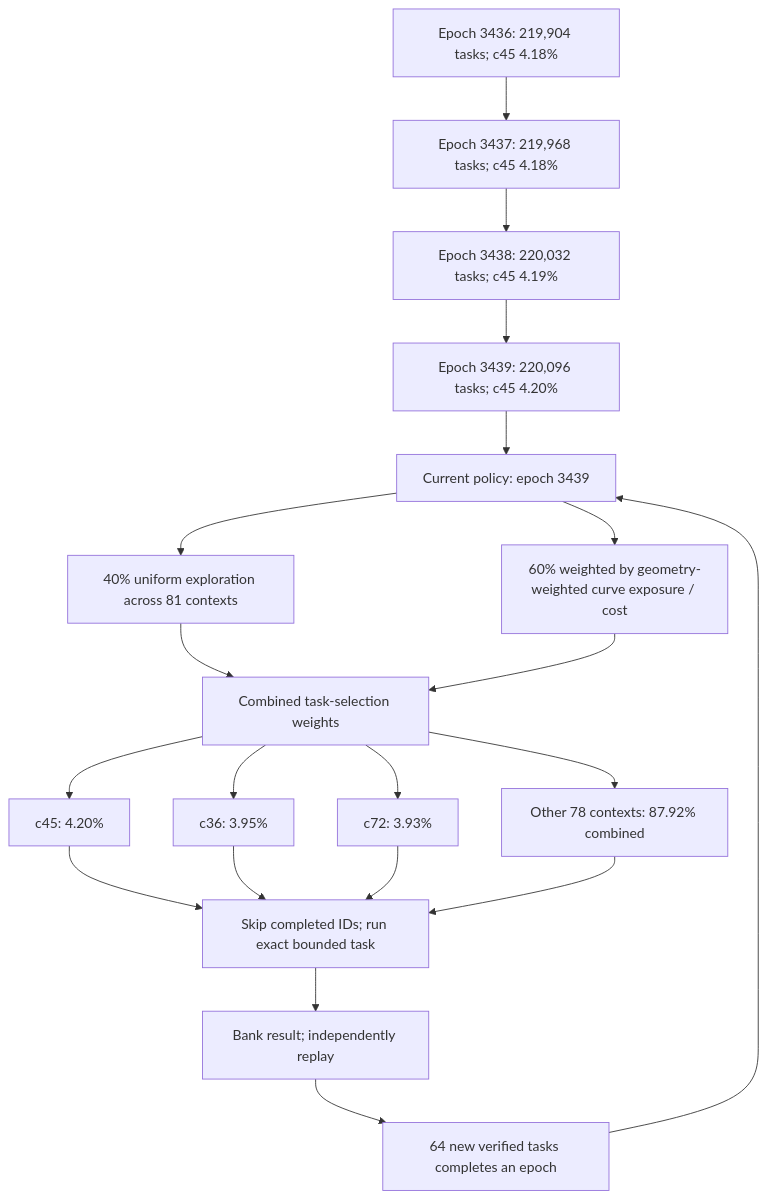
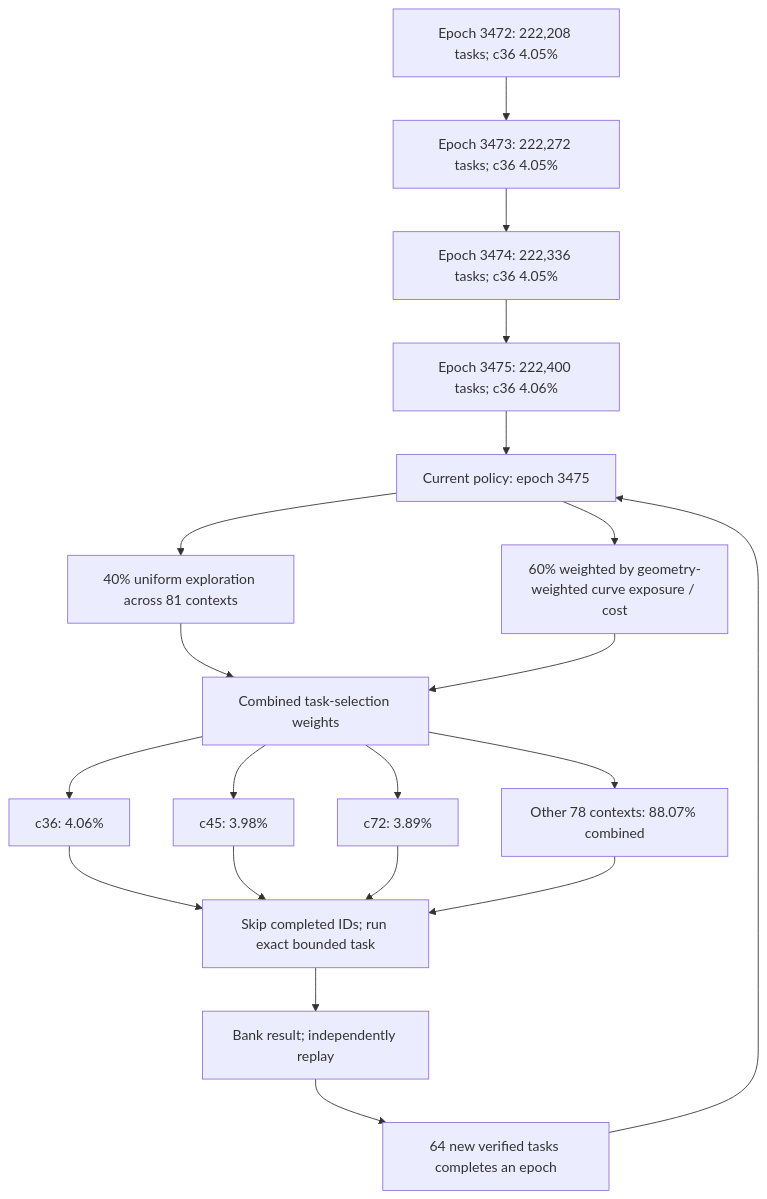
Before and after one commit to Kuberwastaken/math-gambling: the first of 3 diagrams in README.md, drawn with Mermaid. The commit also changed other lines of this file and 4498 other files, not shown here.

````diff
--- a/README.md
+++ b/README.md
@@ -60,27 +60,27 @@
 ```mermaid
 flowchart TD
-    H0["Epoch 3436: 219,904 tasks; c45 4.18%"]
-    H1["Epoch 3437: 219,968 tasks; c45 4.18%"]
+    H0["Epoch 3472: 222,208 tasks; c36 4.05%"]
+    H1["Epoch 3473: 222,272 tasks; c36 4.05%"]
     H0 --> H1
-    H2["Epoch 3438: 220,032 tasks; c45 4.19%"]
+    H2["Epoch 3474: 222,336 tasks; c36 4.05%"]
     H1 --> H2
-    H3["Epoch 3439: 220,096 tasks; c45 4.20%"]
+    H3["Epoch 3475: 222,400 tasks; c36 4.06%"]
     H2 --> H3
-    Policy["Current policy: epoch 3439"]
+    Policy["Current policy: epoch 3475"]
     H3 --> Policy
     Policy --> Explore["40% uniform exploration across 81 contexts"]
     Policy --> Cost["60% weighted by geometry-weighted curve exposure / cost"]
     Explore --> Mix["Combined task-selection weights"]
     Cost --> Mix
-    Mix --> C0["c45: 4.20%"]
-    Mix --> C1["c36: 3.95%"]
-    Mix --> C2["c72: 3.93%"]
-    Mix --> Rest["Other 78 contexts: 87.92% combined"]
+    Mix --> C0["c36: 4.06%"]
+    Mix --> C1["c45: 3.98%"]
+    Mix --> C2["c72: 3.89%"]
+    Mix --> Rest["Other 78 contexts: 88.07% combined"]
     C0 --> Check["Skip completed IDs; run exact bounded task"]
     C1 --> Check
     C2 --> Check
     Rest --> Check
     Check --> Replay["Bank result; independently replay"]
     Replay --> Gate["64 new verified tasks completes an epoch"]
     Gate --> Policy
 ```
````
